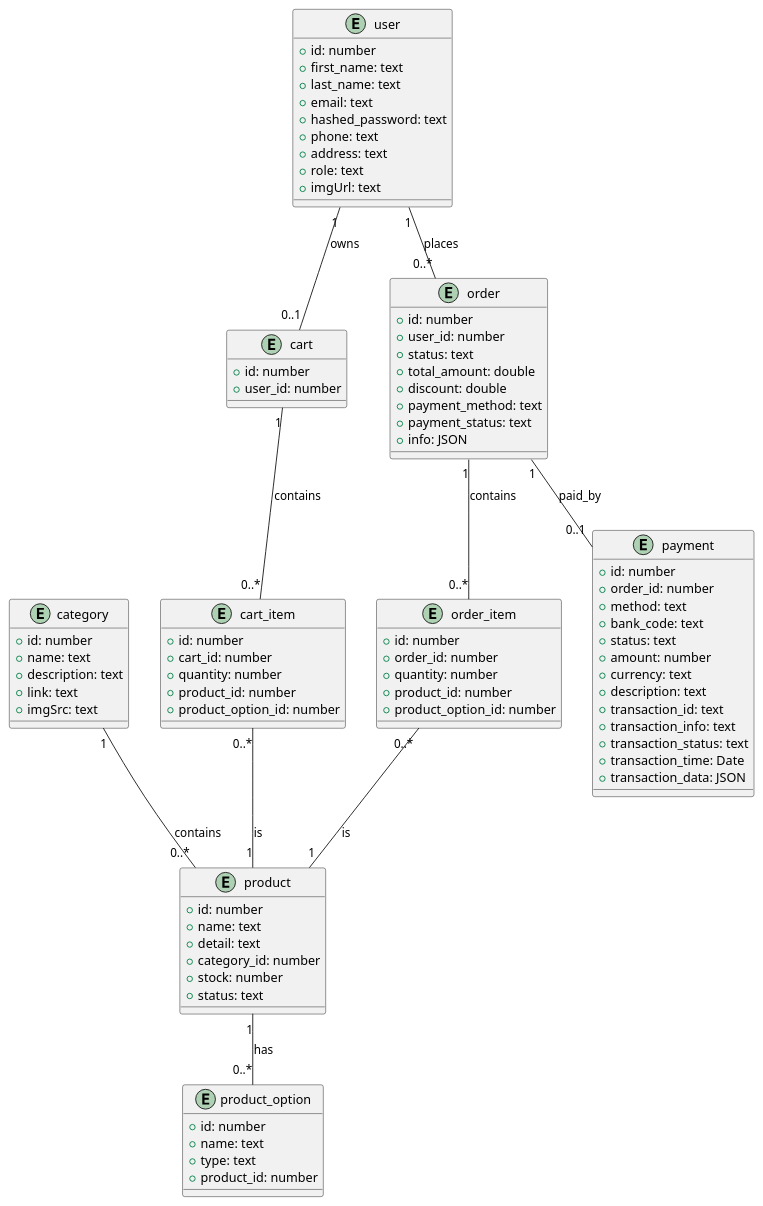
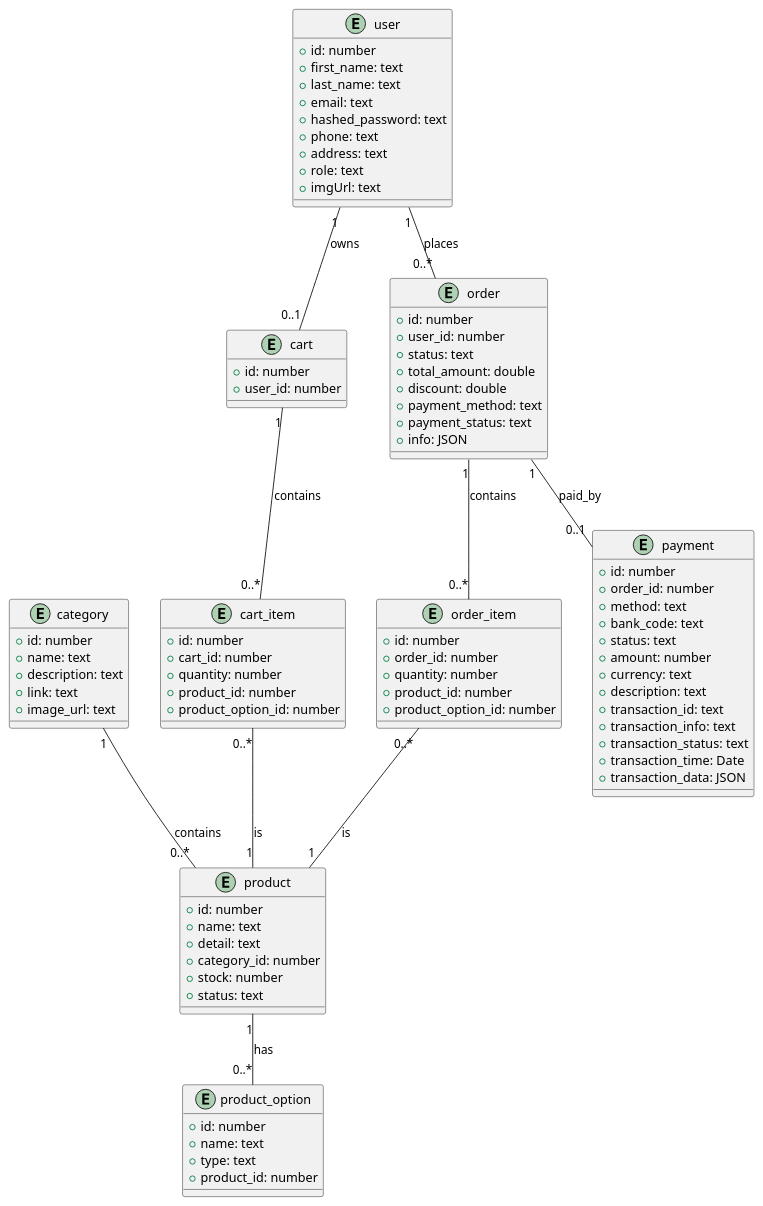
Before and after one commit to vkq2808/car-accessories-eccomerce: the diagram in class-diagram.puml, drawn with PlantUML. The commit also changed 20 other files, not shown here.

```diff
--- a/class-diagram.puml
+++ b/class-diagram.puml
@@ -1,96 +1,96 @@
 @startuml class_diagram
 entity category {
   +id: number
   +name: text
   +description: text
   +link: text
-  +imgSrc: text
+  +image_url: text
 }
 
 entity product {
   +id: number
   +name: text
   +detail: text
   +category_id: number
   +stock: number
   +status: text
 }
 
 entity product_option {
   +id: number
   +name: text
   +type: text
   +product_id: number
 }
 
 entity cart {
   +id: number
   +user_id: number
 }
 
 entity cart_item {
   +id: number
   +cart_id: number
   +quantity: number
   +product_id: number
   +product_option_id: number
 }
 
 entity user {
   +id: number
   +first_name: text
   +last_name: text
   +email: text
   +hashed_password: text
   +phone: text
   +address: text
   +role: text
   +imgUrl: text
 }
 
 entity order {
   +id: number
   +user_id: number
   +status: text
   +total_amount: double
   +discount: double
   +payment_method: text
   +payment_status: text
   +info: JSON
 }
 
 entity order_item {
   +id: number
   +order_id: number
   +quantity: number
   +product_id: number
   +product_option_id: number
 }
 
 entity payment {
   +id: number
   +order_id: number
   +method: text
   +bank_code: text
   +status: text
   +amount: number
   +currency: text
   +description: text
   +transaction_id: text
   +transaction_info: text
   +transaction_status: text
   +transaction_time: Date
   +transaction_data: JSON
 }
 
 ' Các mối quan hệ
 category "1" -- "0..*" product : contains
 cart "1" -- "0..*" cart_item : contains
 user "1" -- "0..*" order : places
 user "1" -- "0..1" cart : owns
 order "1" -- "0..*" order_item : contains
 order "1" -- "0..1" payment : paid_by
 product "1" -- "0..*" product_option : has
 cart_item "0..*" -- "1" product : is
 order_item "0..*" -- "1" product : is
 @enduml
```
